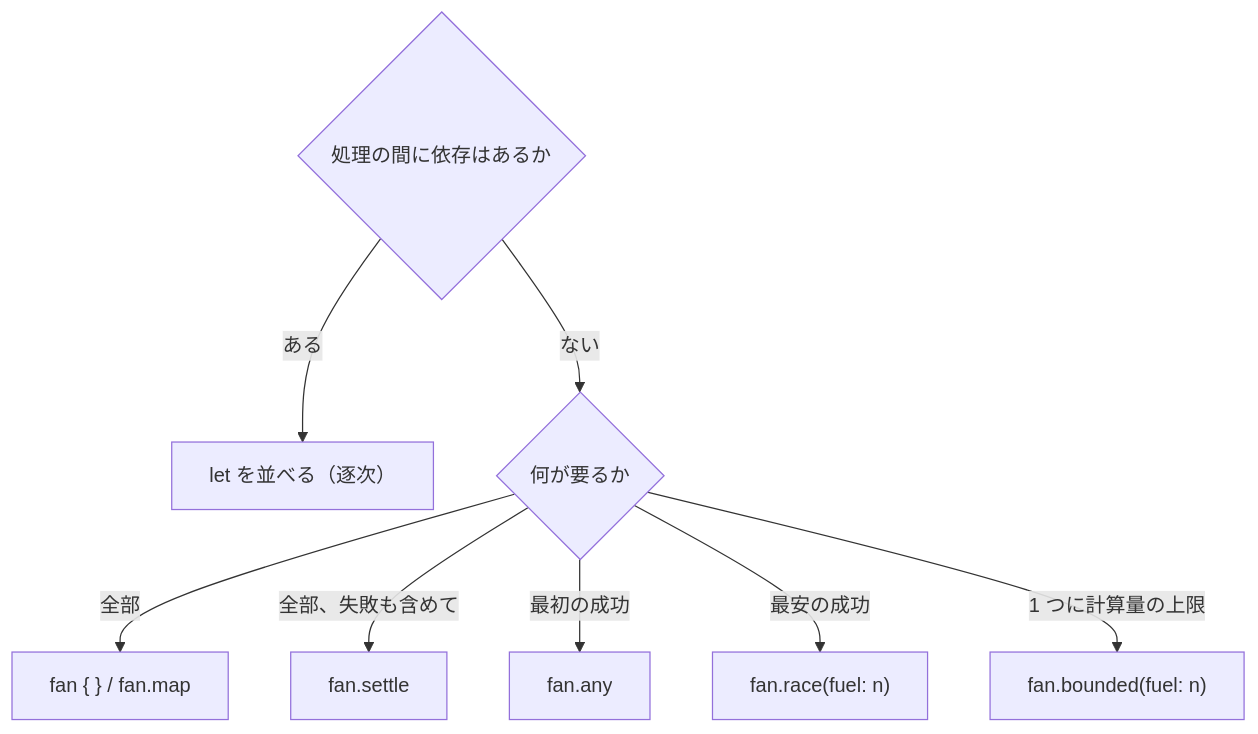
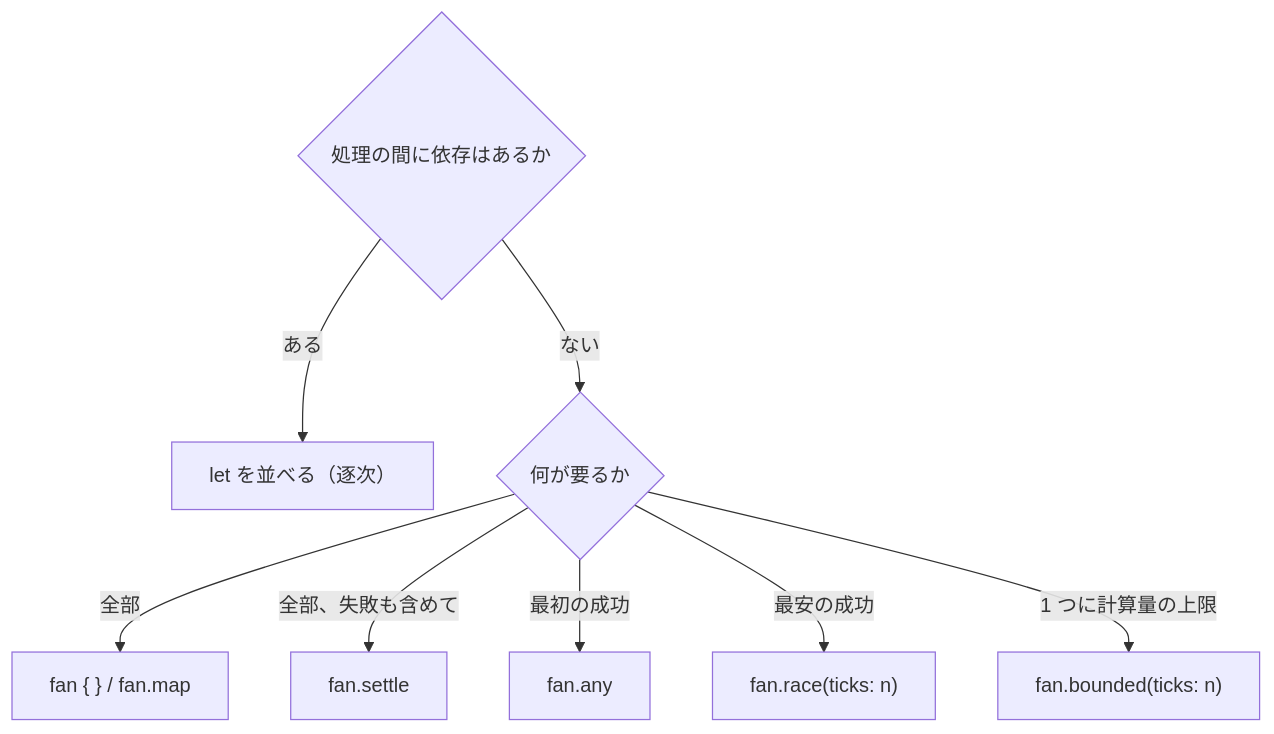
The third of 6 diagrams in docs/roadmap/active/async-inception.md (almide/almide), drawn with Mermaid before and after one commit. The commit also changed other lines of this file and 9 other files, not shown here.

Commit message:
Rename the budget label from fuel to ticks: labels are unit names, fuel stays mechanism-side

````diff
--- a/docs/roadmap/active/async-inception.md
+++ b/docs/roadmap/active/async-inception.md
@@ -135,10 +135,10 @@
 ```mermaid
 flowchart TD
     Q0{"処理の間に依存はあるか"} -->|ある| SEQ["let を並べる（逐次）"]
     Q0 -->|ない| Q1{"何が要るか"}
     Q1 -->|"全部"| ALL["fan { } / fan.map"]
     Q1 -->|"全部、失敗も含めて"| SETTLE["fan.settle"]
     Q1 -->|"最初の成功"| ANY["fan.any"]
-    Q1 -->|"最安の成功"| RACE["fan.race(fuel: n)"]
-    Q1 -->|"1 つに計算量の上限"| BOUNDED["fan.bounded(fuel: n)"]
+    Q1 -->|"最安の成功"| RACE["fan.race(ticks: n)"]
+    Q1 -->|"1 つに計算量の上限"| BOUNDED["fan.bounded(ticks: n)"]
 ```
````
